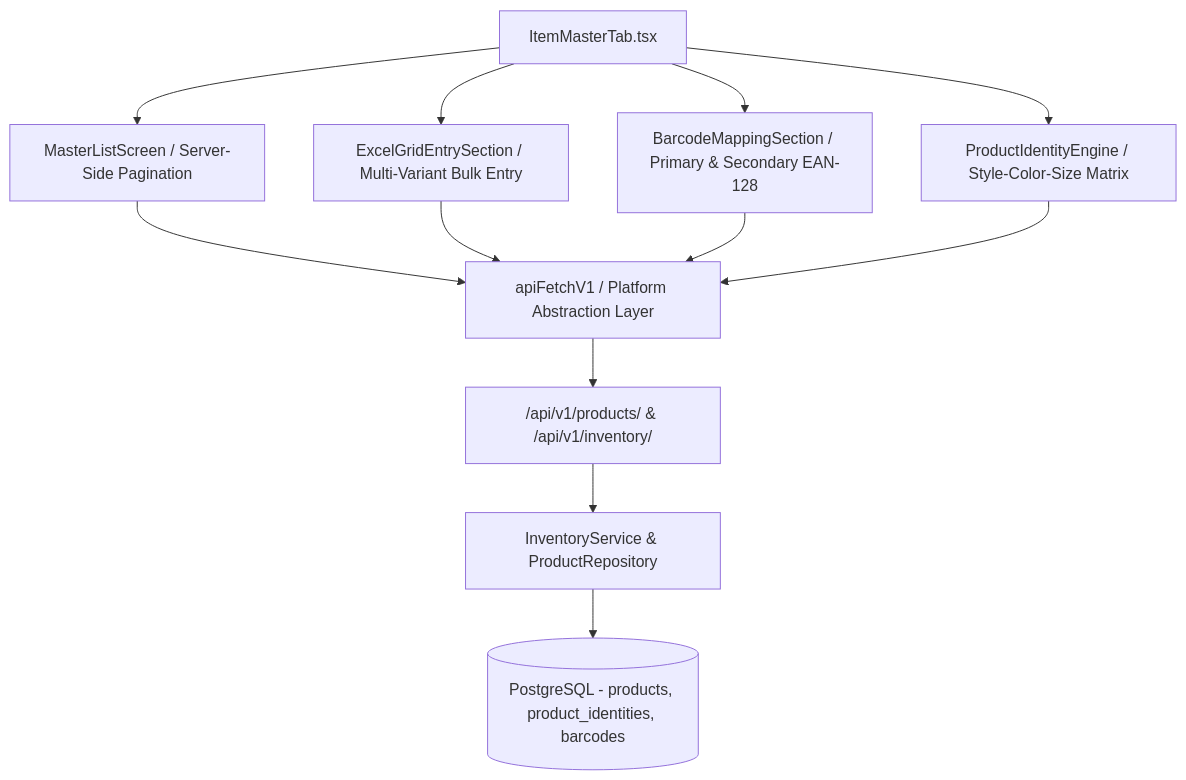
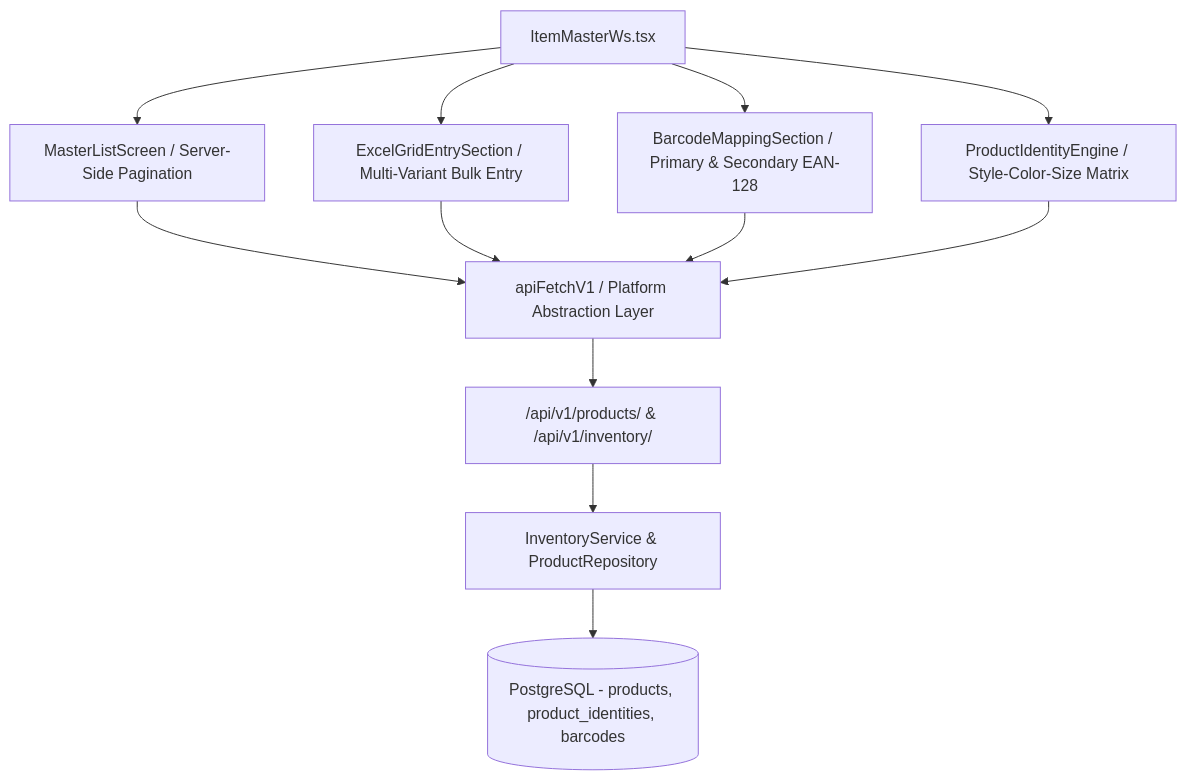
Before and after one commit to smritisystems/smritiretail: the diagram in docs/architecture/ITEM_MASTER.md, drawn with Mermaid. The commit also changed other lines of this file and 33 other files, not shown here.

Commit message:
feat: implement universal item master 5-tier resolution engine and customer article mappings

````diff
--- a/docs/architecture/ITEM_MASTER.md
+++ b/docs/architecture/ITEM_MASTER.md
@@ -53,16 +53,16 @@
 ```mermaid
 graph TD
-    UI[ItemMasterTab.tsx] --> MasterList[MasterListScreen / Server-Side Pagination]
+    UI[ItemMasterWs.tsx] --> MasterList[MasterListScreen / Server-Side Pagination]
     UI --> ExcelGrid[ExcelGridEntrySection / Multi-Variant Bulk Entry]
     UI --> BarcodeSection[BarcodeMappingSection / Primary & Secondary EAN-128]
     UI --> ProductIdentity[ProductIdentityEngine / Style-Color-Size Matrix]
     
     MasterList --> PAL[apiFetchV1 / Platform Abstraction Layer]
     ExcelGrid --> PAL
     BarcodeSection --> PAL
     ProductIdentity --> PAL
     
     PAL --> FastAPIRouter["/api/v1/products/ & /api/v1/inventory/"]
     FastAPIRouter --> InvService[InventoryService & ProductRepository]
     InvService --> PostgresDB[(PostgreSQL - products, product_identities, barcodes)]
 ```
````
